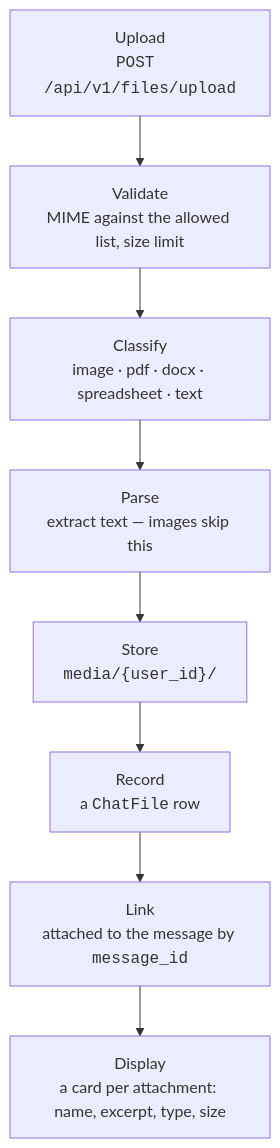
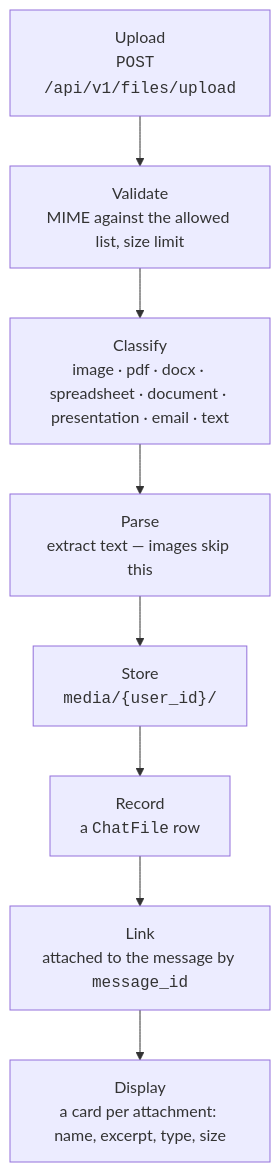
The first of 2 diagrams in docs/file-processing.de.md (Creo-Digital-AS/agenticos), drawn with Mermaid before and after one commit. The commit also changed other lines of this file and 49 other files, not shown here.

````diff
--- a/docs/file-processing.de.md
+++ b/docs/file-processing.de.md
@@ -18,10 +18,10 @@
 ```mermaid
 flowchart TD
     U["Upload<br/><code>POST /api/v1/files/upload</code>"] --> V["Validate<br/>MIME against the allowed list, size limit"]
-    V --> C["Classify<br/>image · pdf · docx · spreadsheet · text"]
+    V --> C["Classify<br/>image · pdf · docx · spreadsheet · document · presentation · email · text"]
     C --> P["Parse<br/>extract text — images skip this"]
     P --> S["Store<br/><code>media/{user_id}/</code>"]
     S --> R["Record<br/>a <code>ChatFile</code> row"]
     R --> L["Link<br/>attached to the message by <code>message_id</code>"]
     L --> D["Display<br/>a card per attachment: name, excerpt, type, size"]
 ```
````
